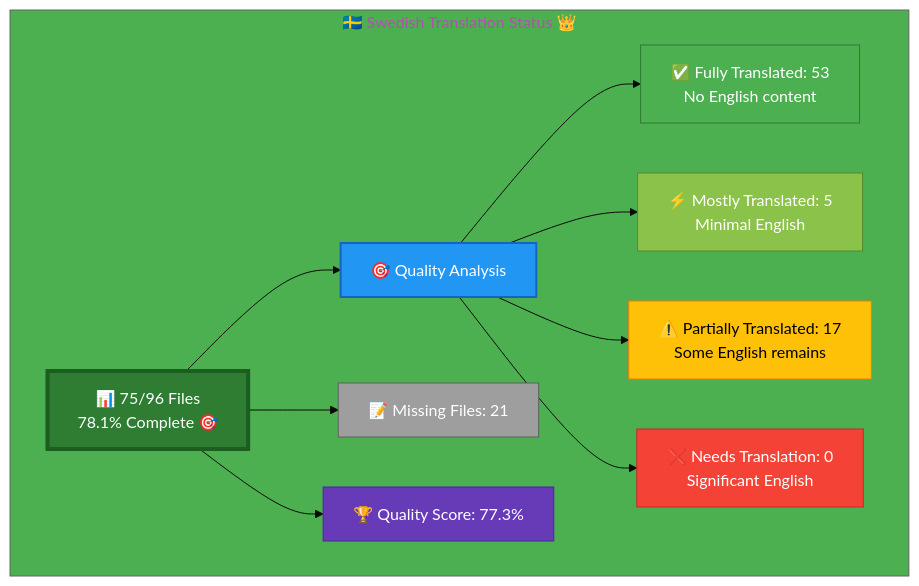
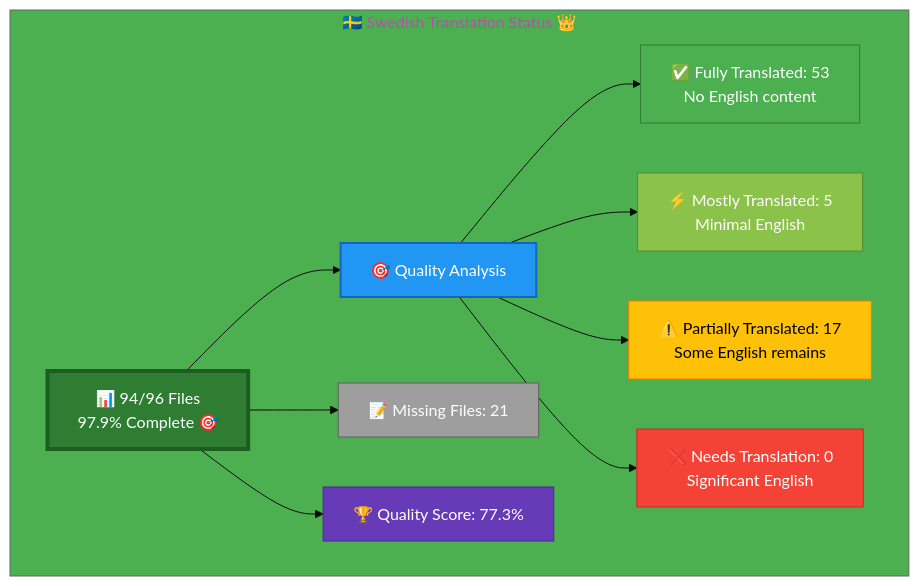
The diagram in Swedish-Translation-Status.md (Hack23/homepage), drawn with Mermaid before and after one commit. The commit also changed other lines of this file and 7 other files, not shown here.

````diff
--- a/Swedish-Translation-Status.md
+++ b/Swedish-Translation-Status.md
@@ -12,26 +13,26 @@
 ```mermaid
 %%{init: {'theme':'base', 'themeVariables': {'primaryColor':'#2E7D32','secondaryColor':'#2196F3','tertiaryColor':'#4CAF50','fontSize':'16px'}}}%%
 graph TB
     subgraph "🇸🇪 Swedish Translation Status 👑"
-        A["📊 75/96 Files<br/>78.1% Complete 🎯"]
+        A["📊 94/96 Files<br/>97.9% Complete 🎯"]
         
         A --> B["🎯 Quality Analysis"]
         B --> C["✅ Fully Translated: 53<br/>No English content"]
         B --> D["⚡ Mostly Translated: 5<br/>Minimal English"]
         B --> E["⚠️  Partially Translated: 17<br/>Some English remains"]
         B --> F["❌ Needs Translation: 0<br/>Significant English"]
         
         A --> G["📝 Missing Files: 21"]
         
         A --> H["🏆 Quality Score: 77.3%"]
         
         style A fill:#2E7D32,stroke:#1B5E20,color:#fff,stroke-width:4px
         style B fill:#2196F3,stroke:#1565C0,color:#fff,stroke-width:2px
         style C fill:#4CAF50,stroke:#2E7D32,color:#fff
         style D fill:#8BC34A,stroke:#558B2F,color:#fff
         style E fill:#FFC107,stroke:#F57C00,color:#000
         style F fill:#F44336,stroke:#C62828,color:#fff
         style G fill:#9E9E9E,stroke:#616161,color:#fff
         style H fill:#673AB7,stroke:#4527A0,color:#fff
     end
 ```
````
